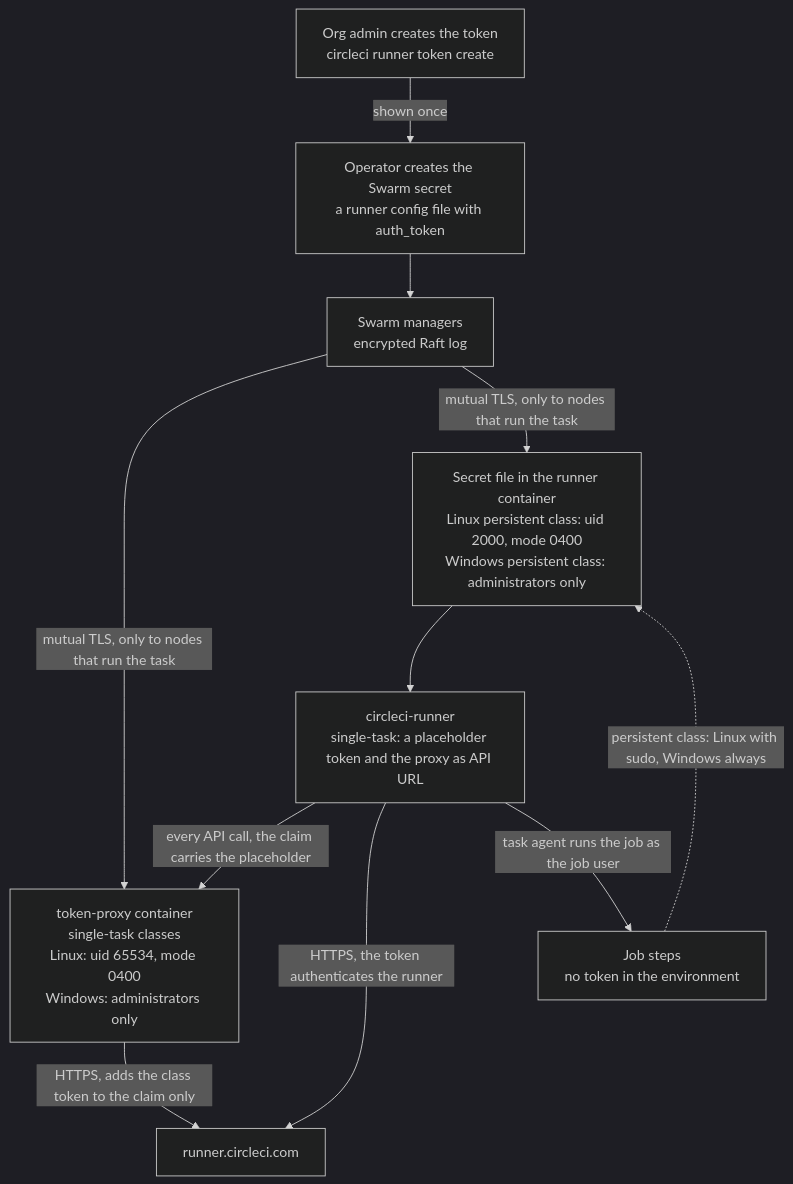
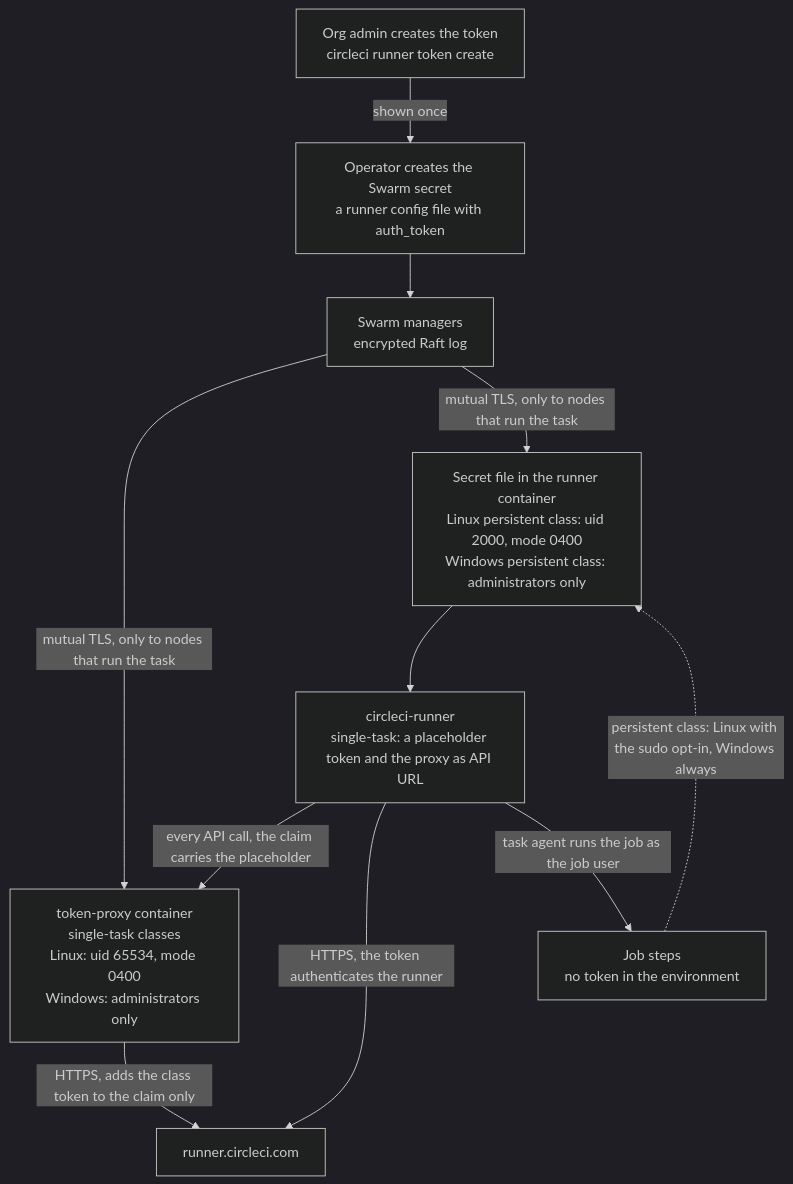
The diagram in docs/security.md (CircleCI-Labs/scalable-machine-runner), drawn with Mermaid (dark theme) before and after one commit. The commit also changed other lines of this file and 5 other files, not shown here.

First line of the commit message:
fix(persistent): give the jobs of the persistent class no sudo by default

````diff
--- a/docs/security.md
+++ b/docs/security.md
@@ -49,22 +49,22 @@
 ```mermaid
 flowchart TB
   cli["Org admin creates the token<br/>circleci runner token create"]
   op["Operator creates the Swarm secret<br/>a runner config file with auth_token"]
   raft["Swarm managers<br/>encrypted Raft log"]
   proxy["token-proxy container<br/>single-task classes<br/>Linux: uid 65534, mode 0400<br/>Windows: administrators only"]
   file["Secret file in the runner container<br/>Linux persistent class: uid 2000, mode 0400<br/>Windows persistent class: administrators only"]
   runner["circleci-runner<br/>single-task: a placeholder token and the proxy as API URL"]
   api["runner.circleci.com"]
   job["Job steps<br/>no token in the environment"]
 
   cli -- "shown once" --> op
   op --> raft
   raft -- "mutual TLS, only to nodes that run the task" --> proxy
   raft -- "mutual TLS, only to nodes that run the task" --> file
   runner -- "every API call, the claim carries the placeholder" --> proxy
   proxy -- "HTTPS, adds the class token to the claim only" --> api
   file --> runner
   runner -- "HTTPS, the token authenticates the runner" --> api
   runner -- "task agent runs the job as the job user" --> job
-  job -. "persistent class: Linux with sudo, Windows always" .-> file
+  job -. "persistent class: Linux with the sudo opt-in, Windows always" .-> file
 ```
````
